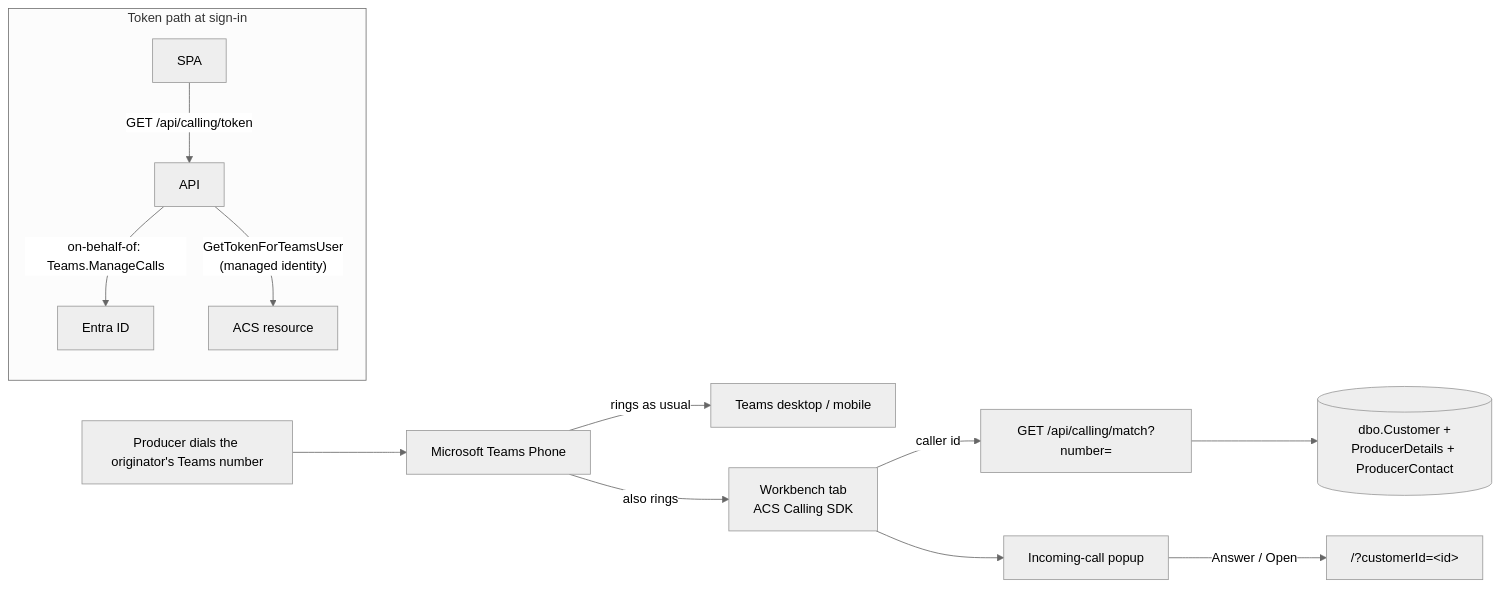
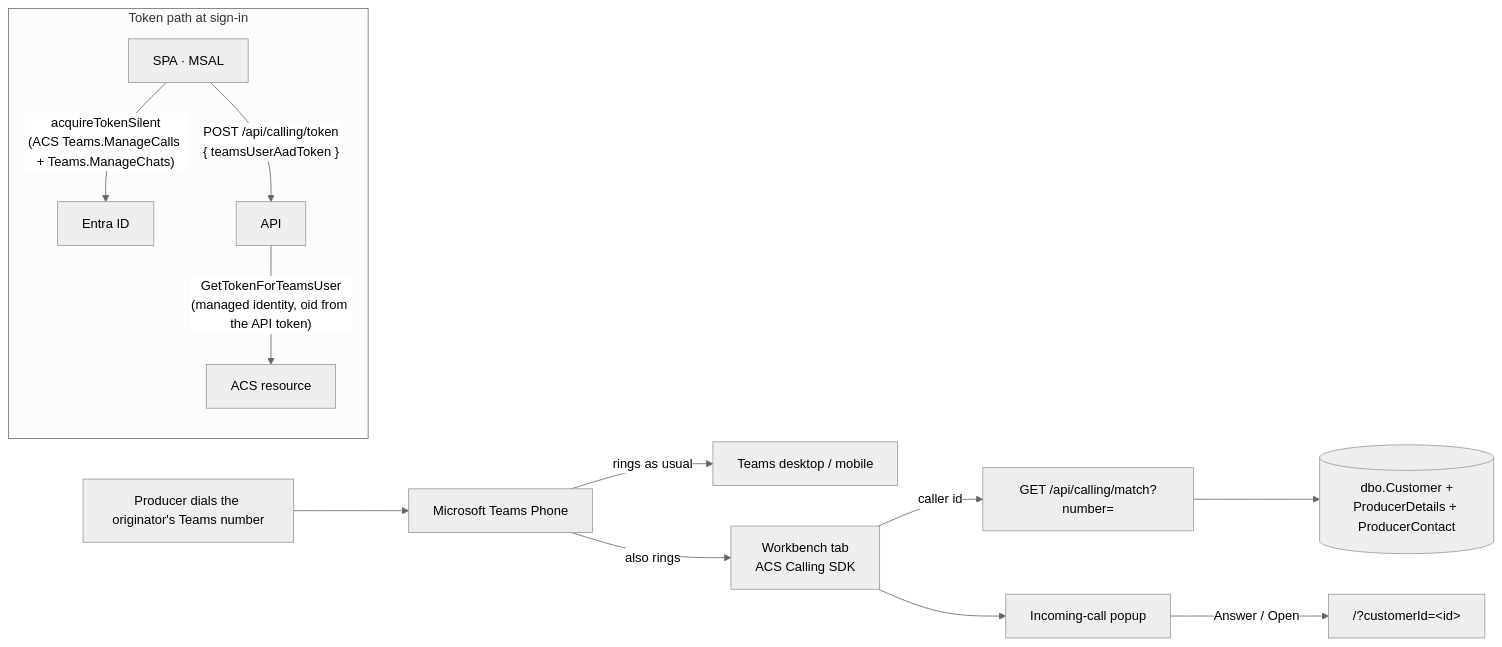
The diagram in docs/application-context/Incoming Calls.md (GrosseLimace/origination), drawn with Mermaid (neutral theme) before and after one commit. The commit also changed other lines of this file and 25 other files, not shown here.

````diff
--- a/docs/application-context/Incoming Calls.md
+++ b/docs/application-context/Incoming Calls.md
@@ -23,15 +25,15 @@
 ```mermaid
 flowchart LR
     P[Producer dials the originator's Teams number] --> T[Microsoft Teams Phone]
     T -->|rings as usual| D[Teams desktop / mobile]
     T -->|also rings| B[Workbench tab<br/>ACS Calling SDK]
     B -->|caller id| M["GET /api/calling/match?number="]
     M --> DB[(dbo.Customer +<br/>ProducerDetails + ProducerContact)]
     B --> POP[Incoming-call popup]
     POP -->|Answer / Open| HOME["/?customerId=&lt;id&gt;"]
     subgraph Token path at sign-in
-      S[SPA] -->|"GET /api/calling/token"| API[API]
-      API -->|"on-behalf-of: Teams.ManageCalls"| E[Entra ID]
-      API -->|"GetTokenForTeamsUser<br/>(managed identity)"| ACS[ACS resource]
+      S[SPA · MSAL] -->|"acquireTokenSilent<br/>(ACS Teams.ManageCalls + Teams.ManageChats)"| E[Entra ID]
+      S -->|"POST /api/calling/token<br/>{ teamsUserAadToken }"| API[API]
+      API -->|"GetTokenForTeamsUser<br/>(managed identity, oid from the API token)"| ACS[ACS resource]
     end
 ```
````
